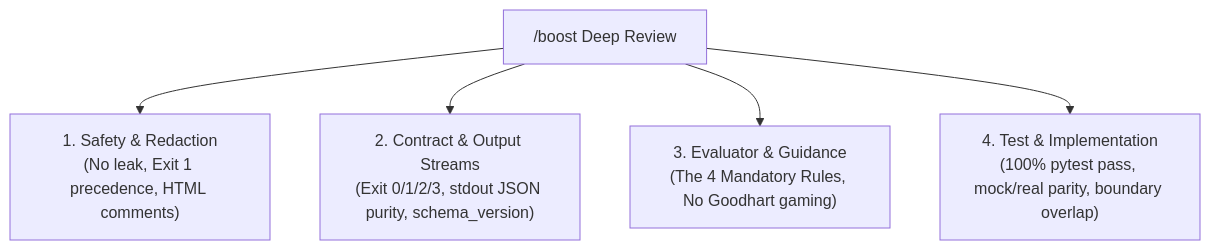
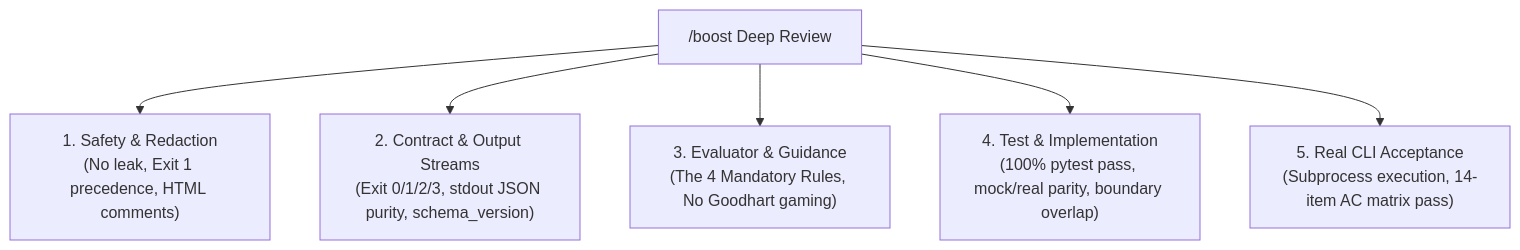
Before and after one commit to s-0-a-r/typesafe-eval: the diagram in .agents/skills/code-review/SKILL.md, drawn with Mermaid. The commit also changed other lines of this file and 6 other files, not shown here.

Commit message:
feat(ac-verification): configure autonomous real CLI acceptance verification system (#94)

````diff
--- a/.agents/skills/code-review/SKILL.md
+++ b/.agents/skills/code-review/SKILL.md
@@ -18,8 +18,9 @@
 ```mermaid
 flowchart TD
     Review["/boost Deep Review"]
     Review --> P1["1. Safety & Redaction<br/>(No leak, Exit 1 precedence, HTML comments)"]
     Review --> P2["2. Contract & Output Streams<br/>(Exit 0/1/2/3, stdout JSON purity, schema_version)"]
     Review --> P3["3. Evaluator & Guidance<br/>(The 4 Mandatory Rules, No Goodhart gaming)"]
     Review --> P4["4. Test & Implementation<br/>(100% pytest pass, mock/real parity, boundary overlap)"]
+    Review --> P5["5. Real CLI Acceptance<br/>(Subprocess execution, 14-item AC matrix pass)"]
 ```
````
